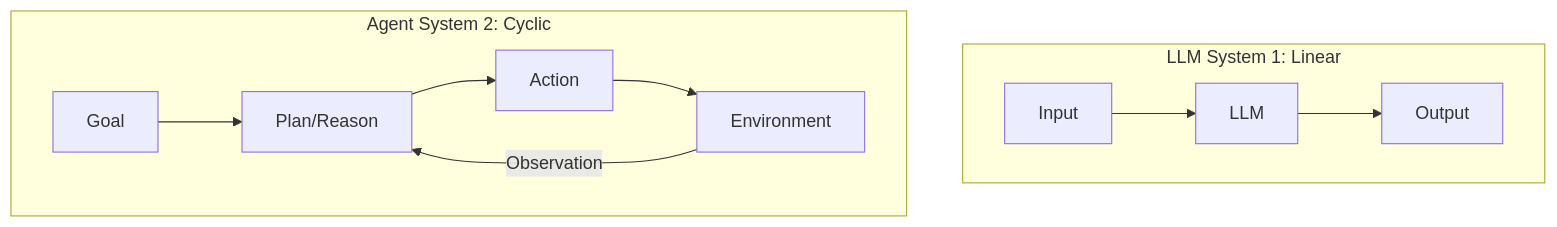
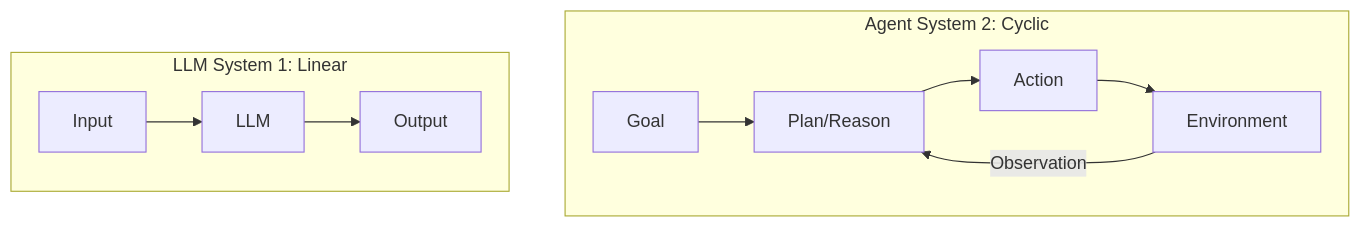
One commit to yeasy/agentic_ai_guide changed the diagram in 01_paradigm/1.1_shift.md. Above: the diagram before and after it, drawn with Mermaid. The commit also changed 16 other files, not shown here.

Commit message:
Fix figure direction

````diff
--- a/01_paradigm/1.1_shift.md
+++ b/01_paradigm/1.1_shift.md
@@ -11,14 +11,17 @@
 ```mermaid
-graph TD
+graph LR
     subgraph LLM_Flow["LLM System 1: Linear"]
         Input["Input"] --> LLM["LLM"]
         LLM --> Output["Output"]
     end
 
     subgraph Agent_Flow["Agent System 2: Cyclic"]
         Goal["Goal"] --> Plan["Plan/Reason"]
         Plan --> Action["Action"]
         Action --> Environment["Environment"]
         Environment -->|"Observation"| Plan
     end
+    
+    %% Force LLM_Flow to be on the left of Agent_Flow
+    Output ~~~ Goal
 ```
````
